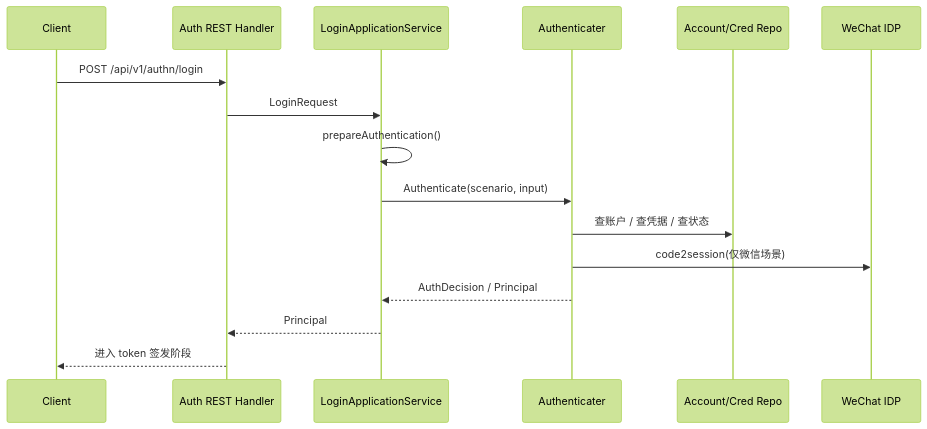
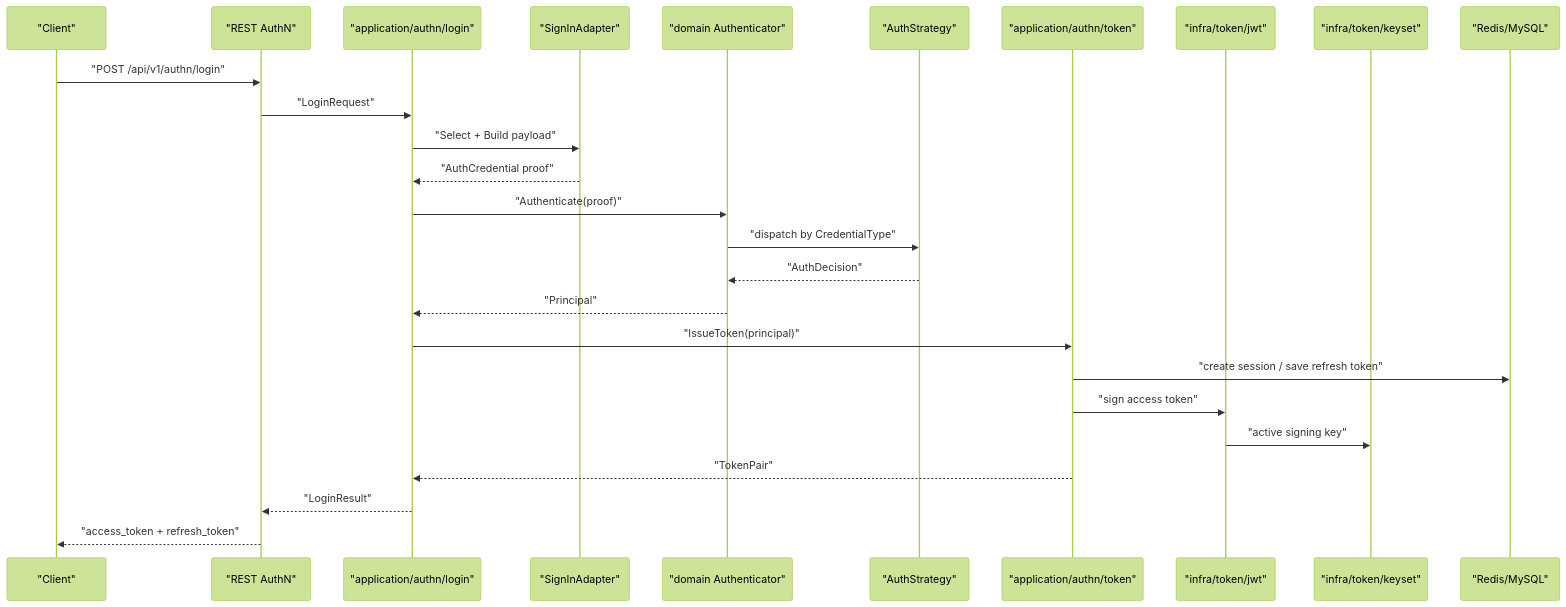
One commit to FangcunMount/iam changed the first of 7 diagrams in docs/05-专题分析/01-认证链路--从登录请求到 Token 与 JWKS.md. Above: the diagram before and after it, drawn with Mermaid (forest theme). The commit also changed other lines of this file and 61 other files, not shown here.

````diff
--- a/docs/05-专题分析/01-认证链路--从登录请求到 Token 与 JWKS.md
+++ b/docs/05-专题分析/01-认证链路--从登录请求到 Token 与 JWKS.md
@@ -70,19 +18,29 @@
 ```mermaid
 sequenceDiagram
-    participant Client as Client
-    participant REST as Auth REST Handler
-    participant App as LoginApplicationService
-    participant Auth as Authenticater
-    participant Repo as Account/Cred Repo
-    participant IDP as WeChat IDP
+    participant C as "Client"
+    participant REST as "REST AuthN"
+    participant Login as "application/authn/login"
+    participant Adapter as "SignInAdapter"
+    participant Auth as "domain Authenticator"
+    participant Strategy as "AuthStrategy"
+    participant Token as "application/authn/token"
+    participant JWT as "infra/token/jwt"
+    participant Keyset as "infra/token/keyset"
+    participant Store as "Redis/MySQL"
 
-    Client->>REST: POST /api/v1/authn/login
-    REST->>App: LoginRequest
-    App->>App: prepareAuthentication()
-    App->>Auth: Authenticate(scenario, input)
-    Auth->>Repo: 查账户 / 查凭据 / 查状态
-    Auth->>IDP: code2session(仅微信场景)
-    Auth-->>App: AuthDecision / Principal
-    App-->>REST: Principal
-    REST-->>Client: 进入 token 签发阶段
+    C->>REST: "POST /api/v1/authn/login"
+    REST->>Login: "LoginRequest"
+    Login->>Adapter: "Select + Build payload"
+    Adapter-->>Login: "AuthCredential proof"
+    Login->>Auth: "Authenticate(proof)"
+    Auth->>Strategy: "dispatch by CredentialType"
+    Strategy-->>Auth: "AuthDecision"
+    Auth-->>Login: "Principal"
+    Login->>Token: "IssueToken(principal)"
+    Token->>Store: "create session / save refresh token"
+    Token->>JWT: "sign access token"
+    JWT->>Keyset: "active signing key"
+    Token-->>Login: "TokenPair"
+    Login-->>REST: "LoginResult"
+    REST-->>C: "access_token + refresh_token"
 ```
````
